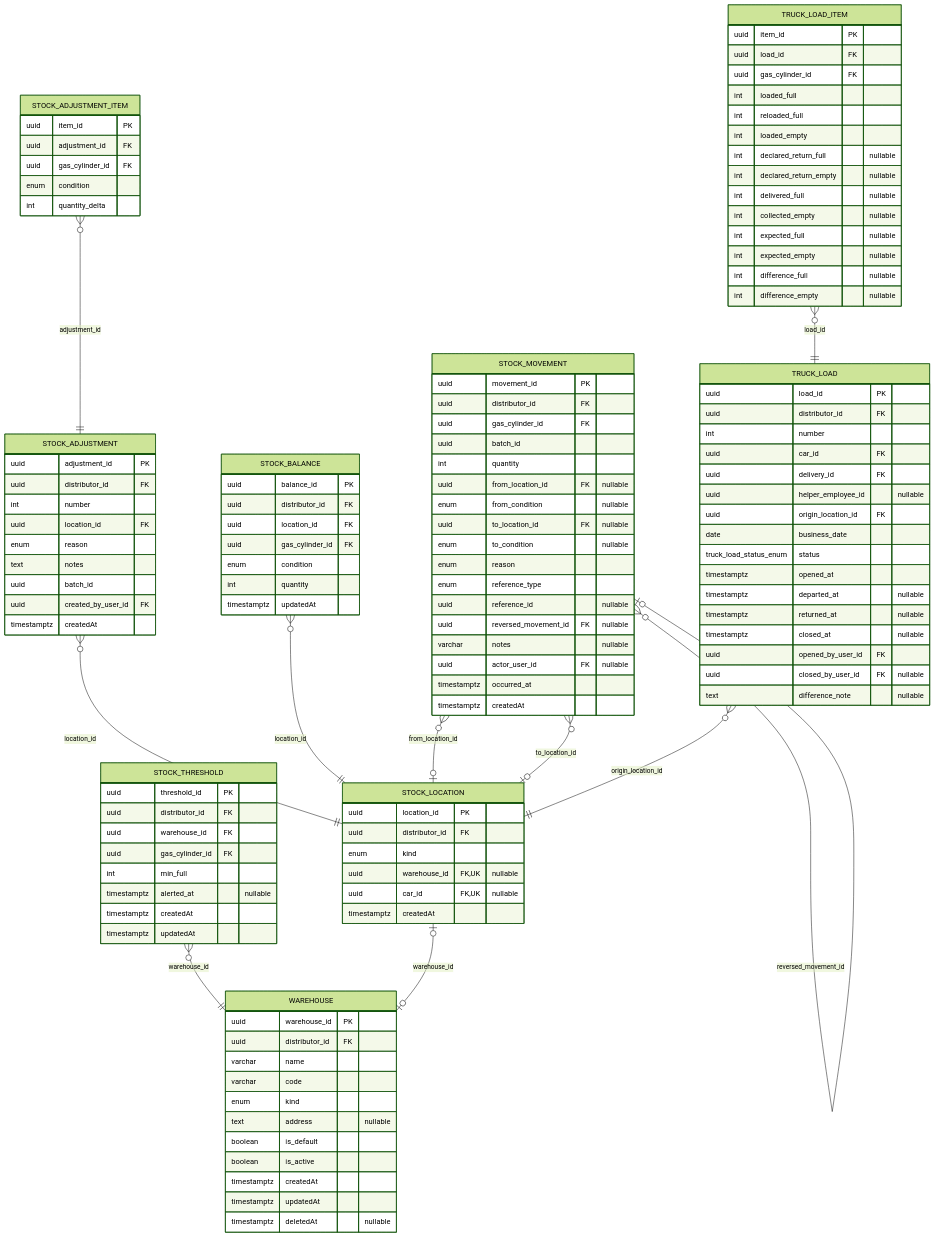
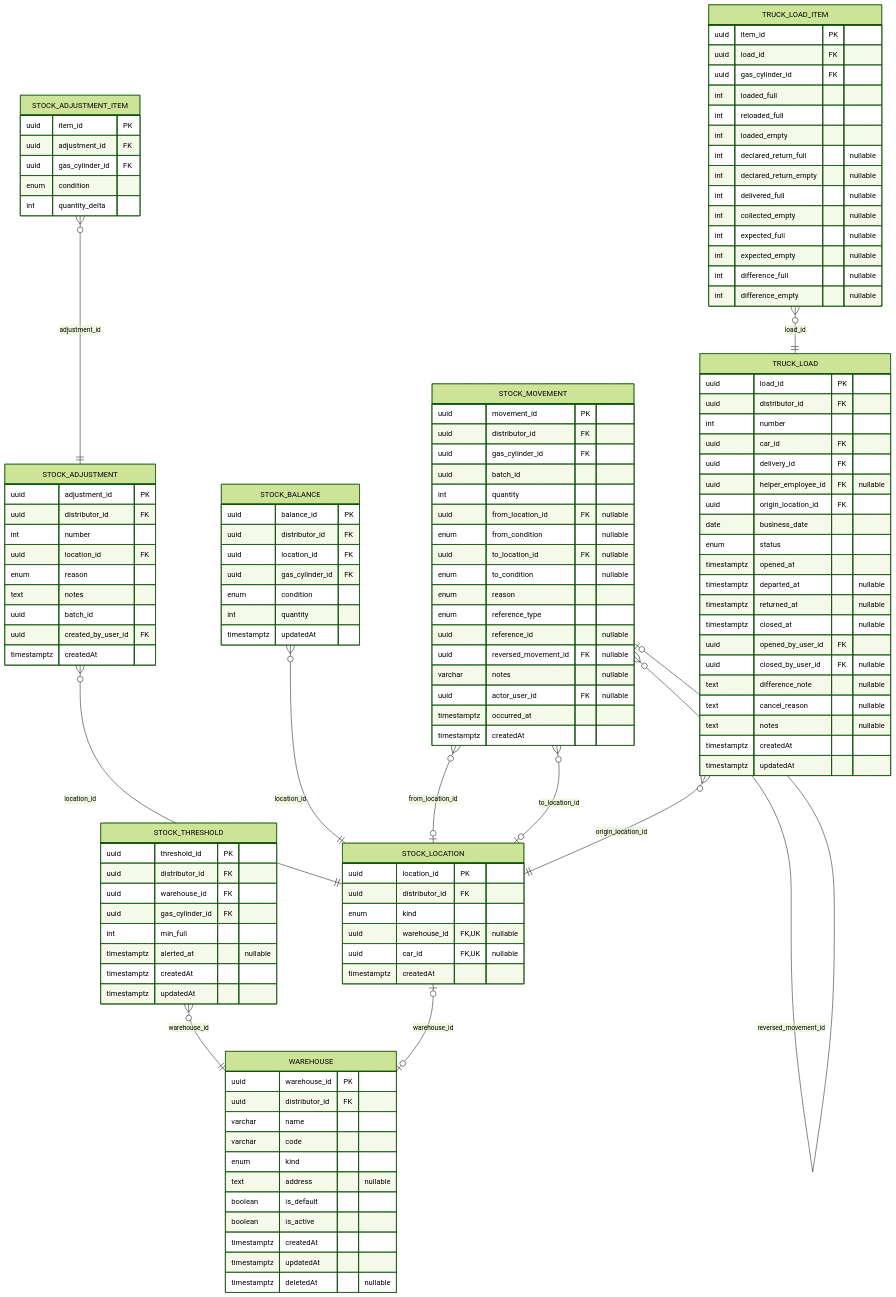
Before and after one commit to Nahuelito-Dev/splg-docs: diagram 11 of 15 in diagramas/base-de-datos/SPLG-der-mermaid.md, drawn with Mermaid (forest theme). The commit also changed other lines of this file and 389 other files, not shown here.

```diff
--- a/diagramas/base-de-datos/SPLG-der-mermaid.md
+++ b/diagramas/base-de-datos/SPLG-der-mermaid.md
@@ -913,10 +913,10 @@
         int number
         uuid car_id FK
         uuid delivery_id FK
-        uuid helper_employee_id "nullable"
+        uuid helper_employee_id FK "nullable"
         uuid origin_location_id FK
         date business_date
-        truck_load_status_enum status
+        enum status
         timestamptz opened_at
         timestamptz departed_at "nullable"
         timestamptz returned_at "nullable"
@@ -924,6 +924,10 @@
         uuid opened_by_user_id FK
         uuid closed_by_user_id FK "nullable"
         text difference_note "nullable"
+        text cancel_reason "nullable"
+        text notes "nullable"
+        timestamptz createdAt
+        timestamptz updatedAt
     }
     STOCK_ADJUSTMENT_ITEM {
         uuid item_id PK
```
